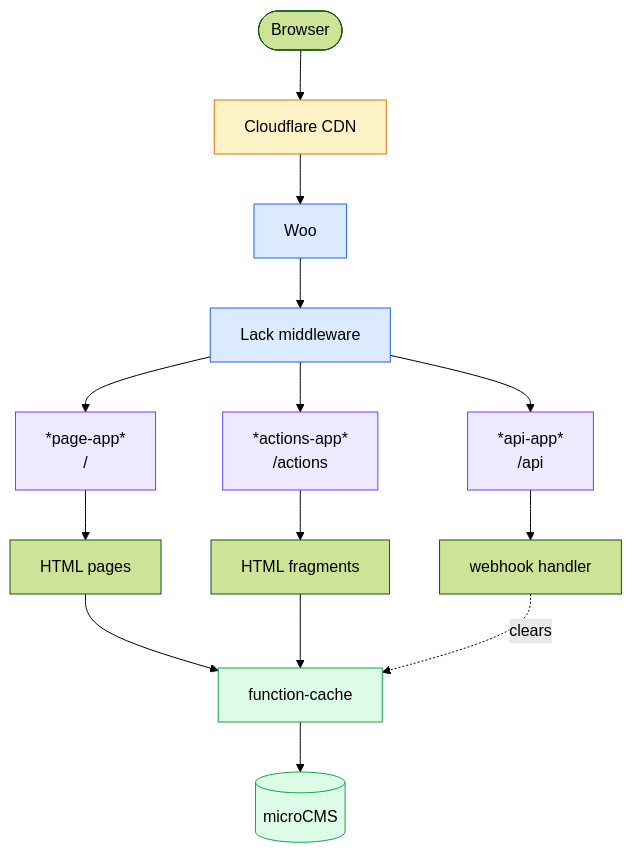
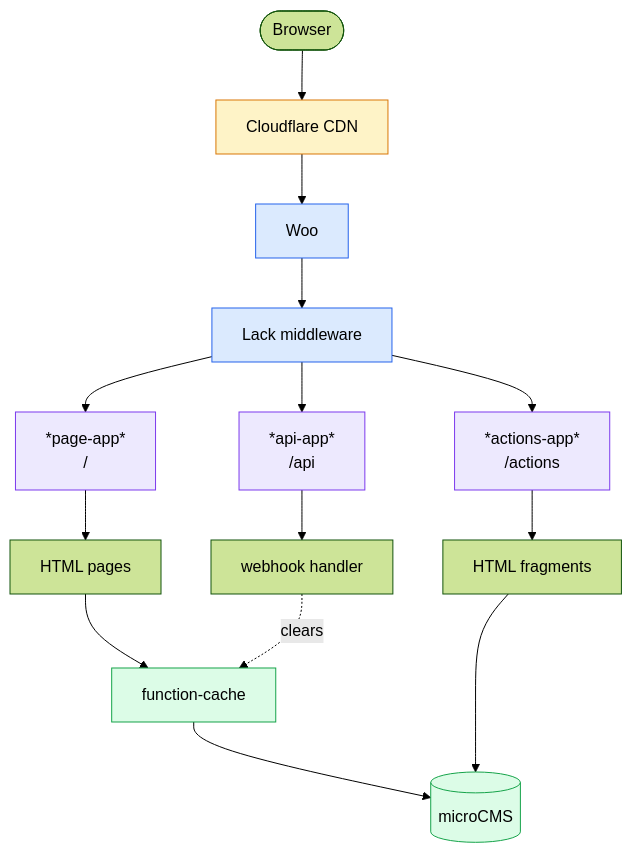
Before and after one commit to skyizwhite/website: the diagram in README.md, drawn with Mermaid (forest theme).

Commit message:
Refine architecture mermaid diagram layout

````diff
--- a/README.md
+++ b/README.md
@@ -28,43 +28,46 @@
 ```mermaid
 flowchart TD
     Client([Browser])
 
     CDN[Cloudflare CDN]
 
     Woo[Woo]
     MW["Lack middleware"]
     Woo --> MW
 
     Page["#42;page-app#42;<br/>/"]
+    Api["#42;api-app#42;<br/>/api"]
     Actions["#42;actions-app#42;<br/>/actions"]
-    Api["#42;api-app#42;<br/>/api"]
 
     Doc["HTML pages"]
+    Revalidate["webhook handler"]
     Def["HTML fragments"]
-    Revalidate["webhook handler"]
 
     Cache["function-cache"]
+    Gap[" "]
     CMS[(microCMS)]
-    Cache --> CMS
 
     Client --> CDN --> Woo
-    MW --> Page & Actions & Api
+    MW --> Page & Api & Actions
 
     Page --> Doc
+    Api --> Revalidate
     Actions --> Def
-    Api --> Revalidate
 
     Doc --> Cache
-    Def --> Cache
     Revalidate -. clears .-> Cache
+    Def --> CMS
+    Cache --> CMS
+    Def ~~~ Gap ~~~ CMS
 
     classDef edgeStyle fill:#fef3c7,stroke:#d97706,color:#000
     classDef serverStyle fill:#dbeafe,stroke:#2563eb,color:#000
     classDef appStyle fill:#ede9fe,stroke:#7c3aed,color:#000
     classDef dataStyle fill:#dcfce7,stroke:#16a34a,color:#000
 
     class CDN edgeStyle
     class Woo,MW serverStyle
     class Page,Actions,Api appStyle
     class Cache,CMS dataStyle
+    style Gap fill:none,stroke:none
 ```
````
